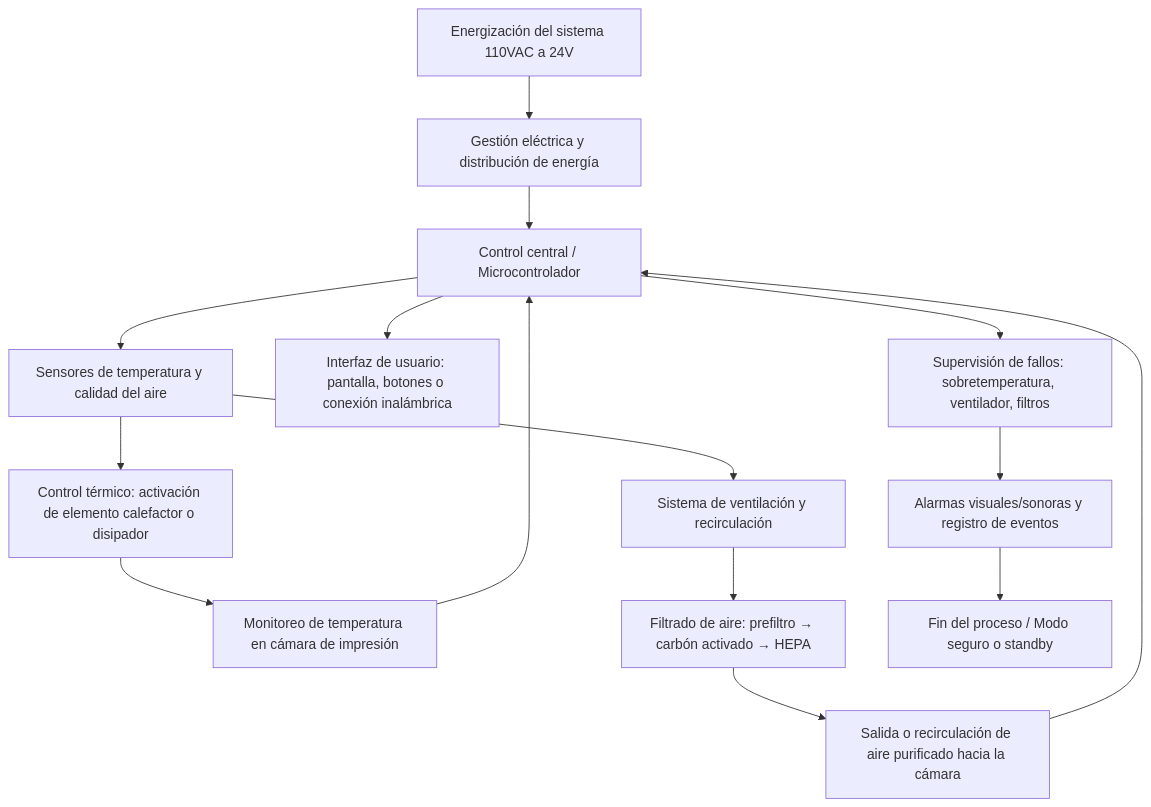
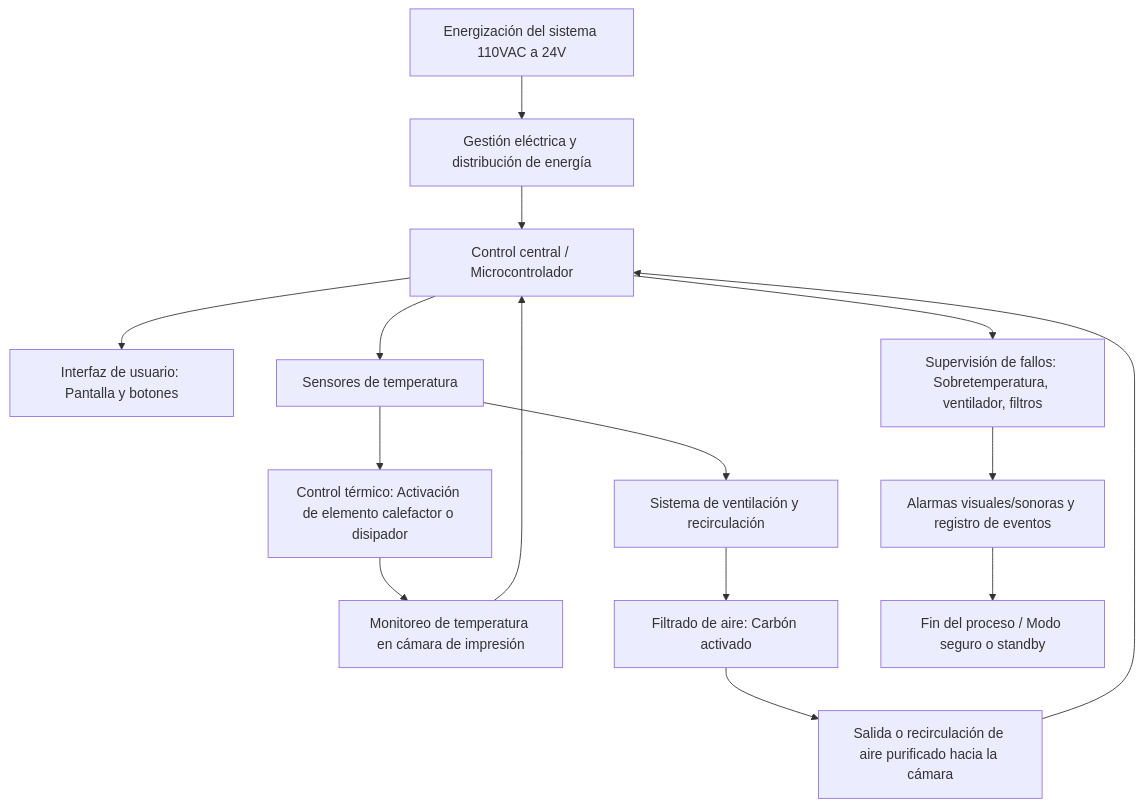
Before and after one commit to isamendo17/Proyecto_final_robotica: the second of 2 diagrams in README.md, drawn with Mermaid.

````diff
--- a/README.md
+++ b/README.md
@@ -51,27 +51,27 @@
 ```mermaid
 flowchart TD
     A[Energización del sistema 110VAC a 24V] --> B[Gestión eléctrica y distribución de energía]
     B --> C[Control central / Microcontrolador]
     
     %% Sensores e interfaz
-    C --> D[Sensores de temperatura y calidad del aire]
-    C --> E[Interfaz de usuario: pantalla, botones o conexión inalámbrica]
+    C --> D[Interfaz de usuario: Pantalla y botones]
+    C --> E[Sensores de temperatura]
     
     %% Control térmico
-    D --> F[Control térmico: activación de elemento calefactor o disipador]
+    E --> F[Control térmico: Activación de elemento calefactor o disipador]
     F --> G[Monitoreo de temperatura en cámara de impresión]
     G --> C
     
     %% Purificación de aire
-    D --> H[Sistema de ventilación y recirculación]
-    H --> I[Filtrado de aire: prefiltro → carbón activado → HEPA]
+    E --> H[Sistema de ventilación y recirculación]
+    H --> I[Filtrado de aire: Carbón activado]
     I --> J[Salida o recirculación de aire purificado hacia la cámara]
     J --> C
     
     %% Seguridad y alarmas
-    C --> K[Supervisión de fallos: sobretemperatura, ventilador, filtros]
+    C --> K[Supervisión de fallos: Sobretemperatura, ventilador, filtros]
     K --> L[Alarmas visuales/sonoras y registro de eventos]
     
     %% Cierre
     L --> M[Fin del proceso / Modo seguro o standby]
 ```
````
